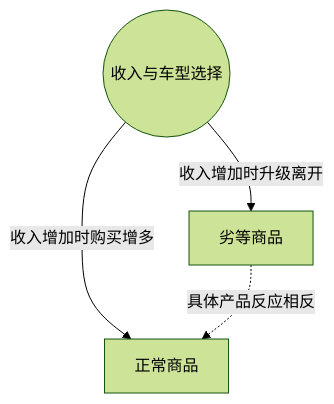
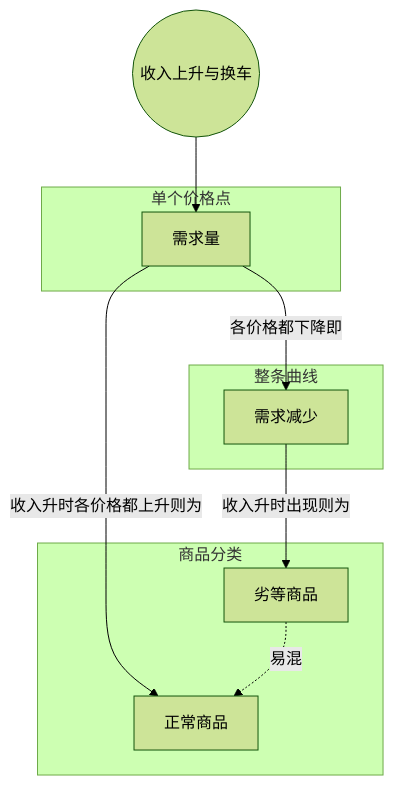
The diagram in examples/可汗微观经济学-前15集/notes/012-第12讲 劣等商品阐明.md (lucky-Luor/bilibili-douyin-notes), drawn with Mermaid (forest theme) before and after one commit. The commit also changed other lines of this file and 18 other files, not shown here.

````diff
--- a/examples/可汗微观经济学-前15集/notes/012-第12讲 劣等商品阐明.md
+++ b/examples/可汗微观经济学-前15集/notes/012-第12讲 劣等商品阐明.md
@@ -31,6 +74,19 @@
 ```mermaid
 graph TD
-  R((收入与车型选择)) -->|收入增加时升级离开| I[劣等商品]
-  R -->|收入增加时购买增多| N[正常商品]
-  I -.->|具体产品反应相反| N
+  R((收入上升与换车))
+  subgraph 单个价格点
+    QD[需求量]
+  end
+  subgraph 整条曲线
+    DD[需求减少]
+  end
+  subgraph 商品分类
+    IG[劣等商品]
+    NG[正常商品]
+  end
+  R --> QD
+  QD -->|各价格都下降即| DD
+  DD -->|收入升时出现则为| IG
+  QD -->|收入升时各价格都上升则为| NG
+  IG -.->|易混| NG
 ```
````
